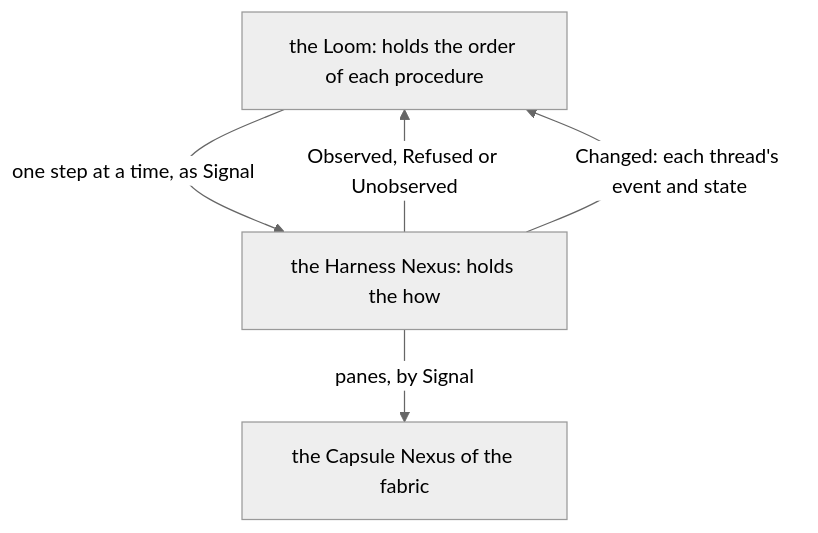
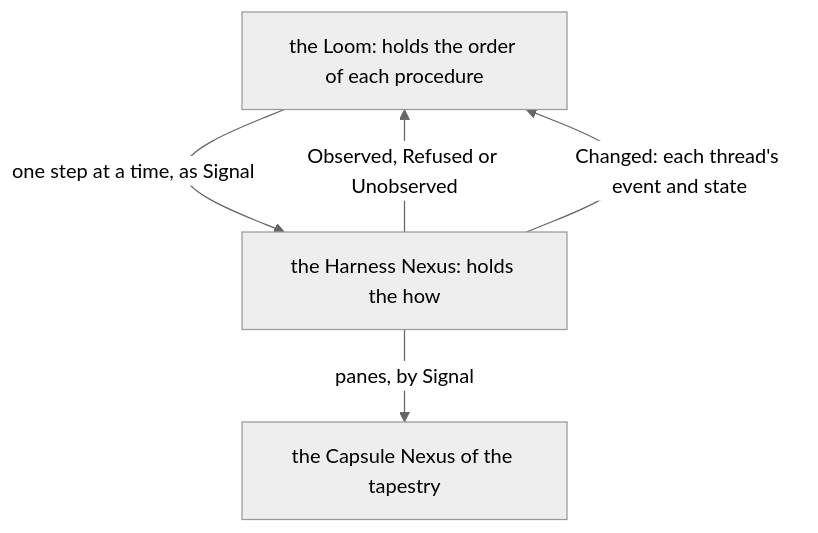
Before and after one commit to LiGoldragon/mind-belief: the fifth of 6 diagrams in notion/loom/0.md, drawn with Mermaid (neutral theme). The commit also changed other lines of this file and 4 other files, not shown here.

````diff
--- a/notion/loom/0.md
+++ b/notion/loom/0.md
@@ -135,7 +147,7 @@
 ```mermaid
 flowchart TB
     l["the Loom: holds the order of each procedure"] -- "one step at a time, as Signal" --> h["the Harness Nexus: holds the how"]
-    h -- "panes, by Signal" --> c["the Capsule Nexus of the fabric"]
+    h -- "panes, by Signal" --> c["the Capsule Nexus of the tapestry"]
     h -- "Observed, Refused or Unobserved" --> l
     h -- "Changed: each thread's event and state" --> l
 ```
````
